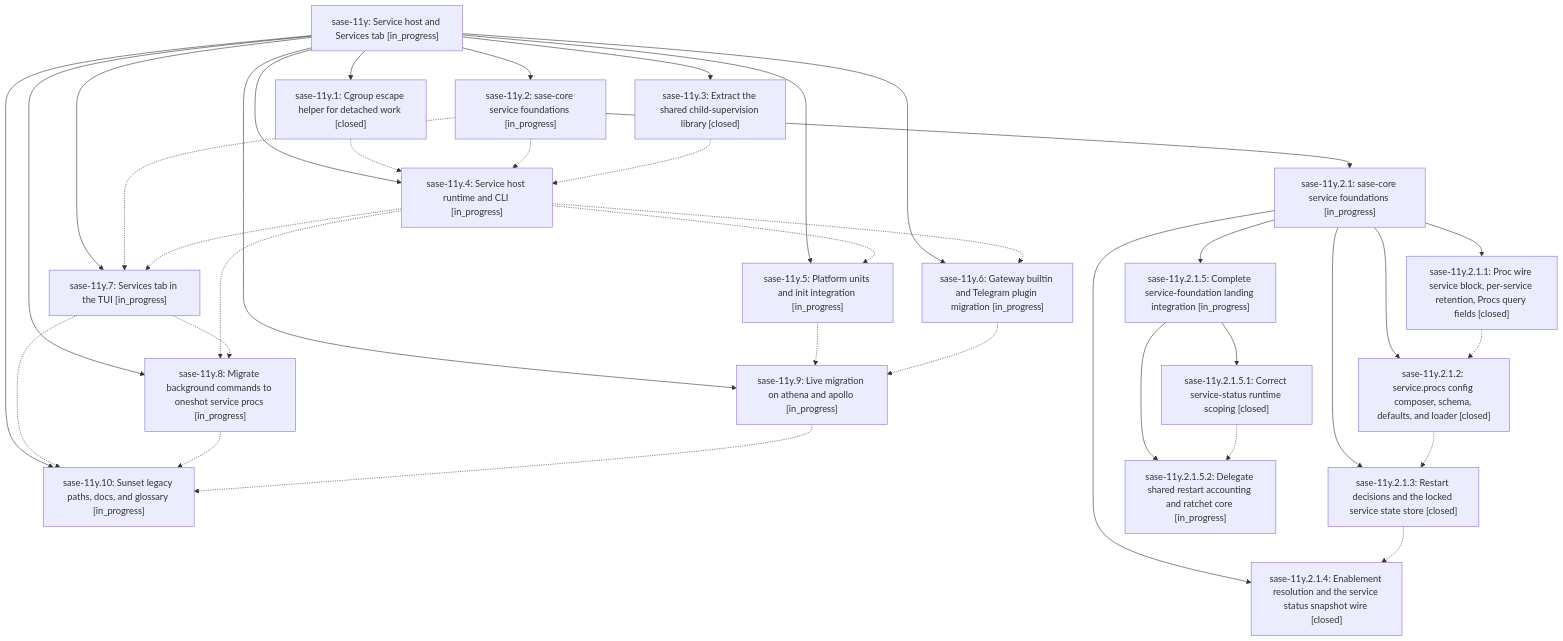
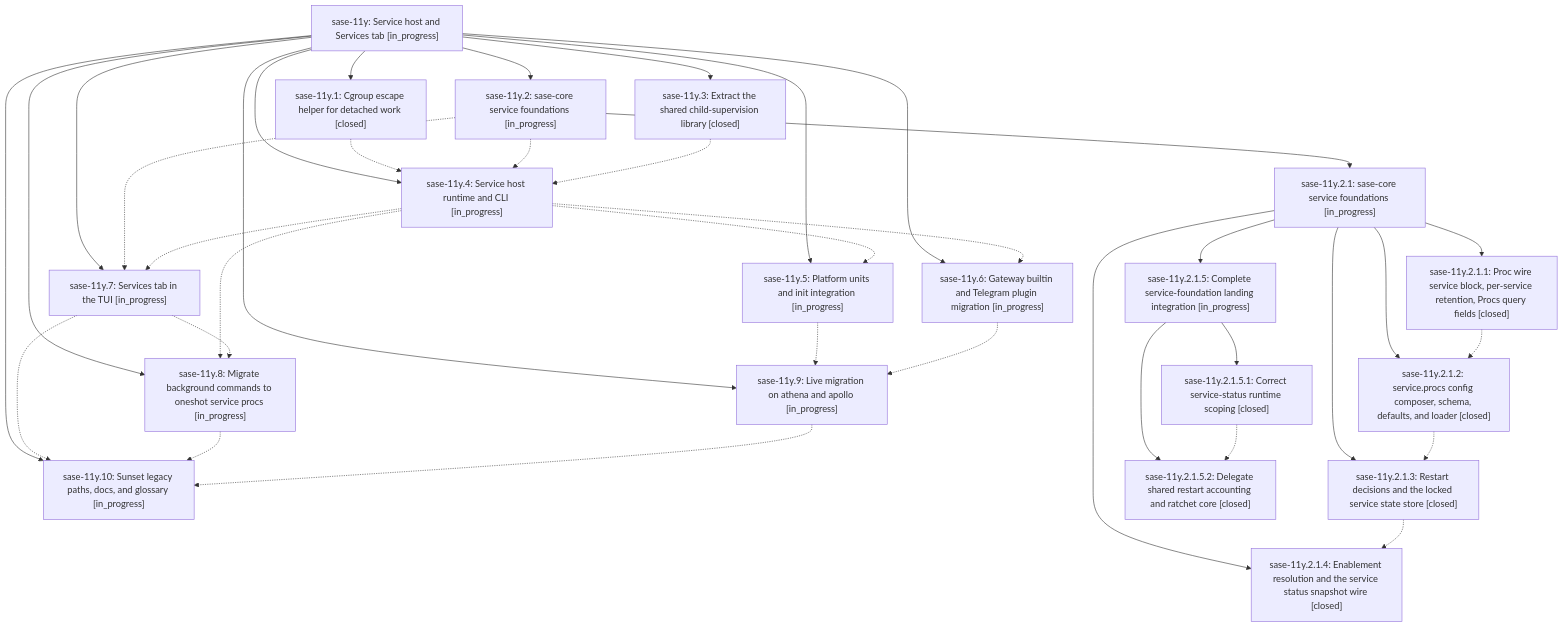
The diagram in pages/sase-11y/README.md (sase-org/sase--beads), drawn with Mermaid before and after one commit. The commit also changed other lines of this file and 2 other files, not shown here.

First line of the commit message:
chore(beads): sync bead state and pages for sase-11y

````diff
--- a/pages/sase-11y/README.md
+++ b/pages/sase-11y/README.md
@@ -43,58 +43,58 @@
 ```mermaid
 flowchart TD
     n0["sase-11y: Service host and Services tab [in_progress]"]
     n1["sase-11y.1: Cgroup escape helper for detached work [closed]"]
     n2["sase-11y.10: Sunset legacy paths, docs, and glossary [in_progress]"]
     n3["sase-11y.2: sase-core service foundations [in_progress]"]
     n4["sase-11y.2.1: sase-core service foundations [in_progress]"]
     n5["sase-11y.2.1.1: Proc wire service block, per-service retention, Procs query fields [closed]"]
     n6["sase-11y.2.1.2: service.procs config composer, schema, defaults, and loader [closed]"]
     n7["sase-11y.2.1.3: Restart decisions and the locked service state store [closed]"]
     n8["sase-11y.2.1.4: Enablement resolution and the service status snapshot wire [closed]"]
     n9["sase-11y.2.1.5: Complete service-foundation landing integration [in_progress]"]
     n10["sase-11y.2.1.5.1: Correct service-status runtime scoping [closed]"]
-    n11["sase-11y.2.1.5.2: Delegate shared restart accounting and ratchet core [in_progress]"]
+    n11["sase-11y.2.1.5.2: Delegate shared restart accounting and ratchet core [closed]"]
     n12["sase-11y.3: Extract the shared child-supervision library [closed]"]
     n13["sase-11y.4: Service host runtime and CLI [in_progress]"]
     n14["sase-11y.5: Platform units and init integration [in_progress]"]
     n15["sase-11y.6: Gateway builtin and Telegram plugin migration [in_progress]"]
     n16["sase-11y.7: Services tab in the TUI [in_progress]"]
     n17["sase-11y.8: Migrate background commands to oneshot service procs [in_progress]"]
     n18["sase-11y.9: Live migration on athena and apollo [in_progress]"]
     n0 --> n1
     n0 --> n2
     n0 --> n3
     n3 --> n4
     n4 --> n5
     n4 --> n6
     n4 --> n7
     n4 --> n8
     n4 --> n9
     n9 --> n10
     n9 --> n11
     n0 --> n12
     n0 --> n13
     n0 --> n14
     n0 --> n15
     n0 --> n16
     n0 --> n17
     n0 --> n18
     n1 -.-> n13
     n3 -.-> n13
     n3 -.-> n16
     n5 -.-> n6
     n6 -.-> n7
     n7 -.-> n8
     n10 -.-> n11
     n12 -.-> n13
     n13 -.-> n14
     n13 -.-> n15
     n13 -.-> n16
     n13 -.-> n17
     n14 -.-> n18
     n15 -.-> n18
     n16 -.-> n2
     n16 -.-> n17
     n17 -.-> n2
     n18 -.-> n2
 ```
````
